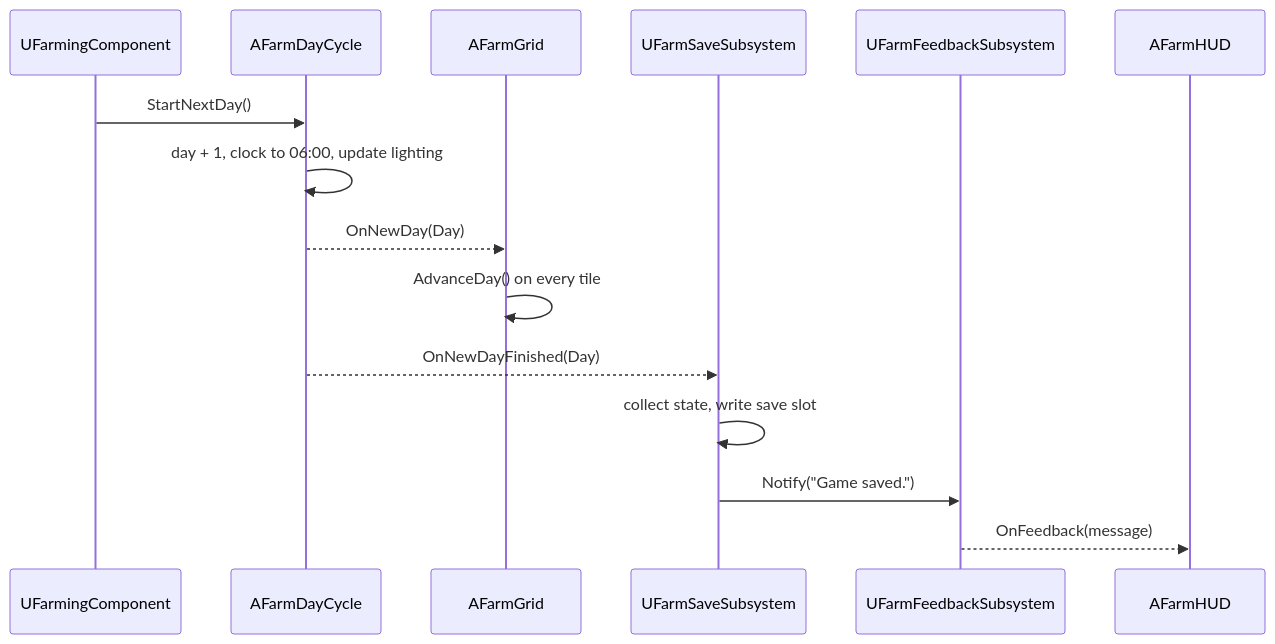
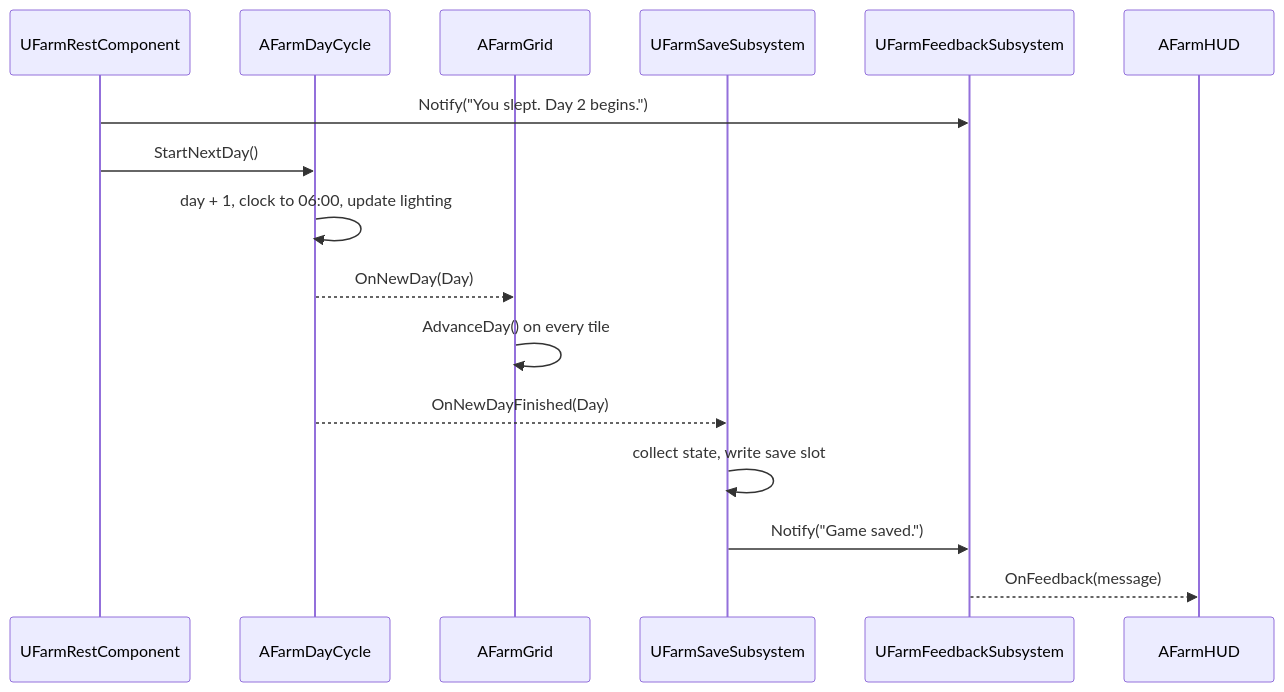
The second of 2 diagrams in Docs/Architecture.md (DunderGG/FarmSim), drawn with Mermaid before and after one commit. The commit also changed other lines of this file and 10 other files, not shown here.

First line of the commit message:
Move sleeping and passing out to a new UFarmRestComponent

````diff
--- a/Docs/Architecture.md
+++ b/Docs/Architecture.md
@@ -376,17 +379,18 @@
 ```mermaid
 sequenceDiagram
-    participant Farming as UFarmingComponent
+    participant Rest as UFarmRestComponent
     participant DayCycle as AFarmDayCycle
     participant Grid as AFarmGrid
     participant Save as UFarmSaveSubsystem
     participant Feedback as UFarmFeedbackSubsystem
     participant HUD as AFarmHUD
-    Farming->>DayCycle: StartNextDay()
+    Rest->>Feedback: Notify("You slept. Day 2 begins.")
+    Rest->>DayCycle: StartNextDay()
     DayCycle->>DayCycle: day + 1, clock to 06:00, update lighting
     DayCycle-->>Grid: OnNewDay(Day)
     Grid->>Grid: AdvanceDay() on every tile
     DayCycle-->>Save: OnNewDayFinished(Day)
     Save->>Save: collect state, write save slot
     Save->>Feedback: Notify("Game saved.")
     Feedback-->>HUD: OnFeedback(message)
 ```
````
